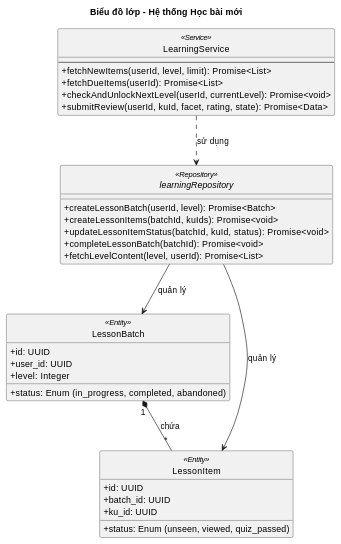
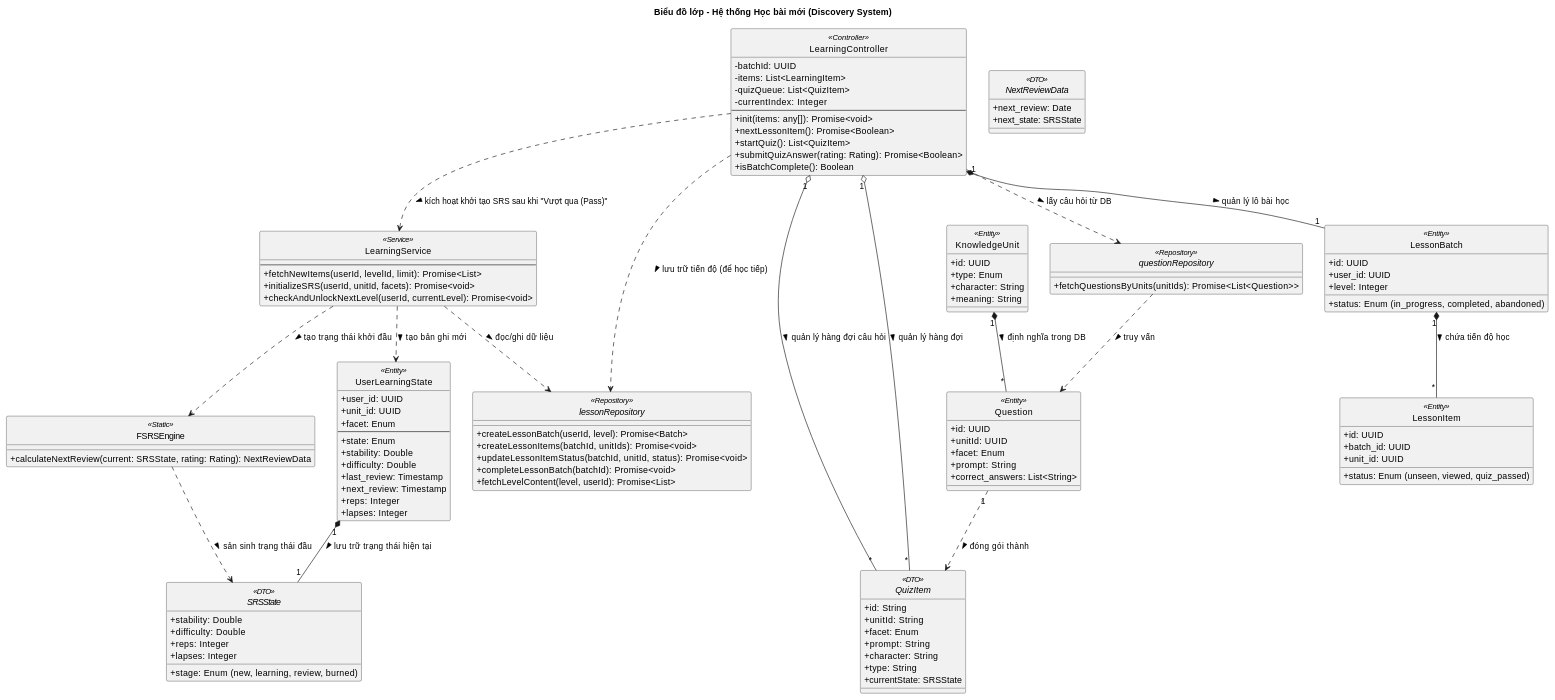
The diagram in docs/uncertain/class-diagram/learning.md (anhtranguyen-github/Hanachan), drawn with PlantUML before and after one commit. The commit also changed other lines of this file and 20 other files, not shown here.

First line of the commit message:
docs(arch): update ER and package diagrams for Hanachan v2

````diff
--- a/docs/uncertain/class-diagram/learning.md
+++ b/docs/uncertain/class-diagram/learning.md
@@ -5,18 +5,77 @@
 ```plantuml
 @startuml
-title Biểu đồ lớp - Hệ thống Học bài mới
+title Biểu đồ lớp - Hệ thống Học bài mới (Discovery System)
 skinparam classAttributeIconSize 0
 skinparam shadowing false
 hide circle
 
+' --- Orchestrator for Learning Lifecycle ---
+class LearningController <<Controller>> {
+  - batchId: UUID
+  - items: List<LearningItem>
+  - quizQueue: List<QuizItem>
+  - currentIndex: Integer
+  --
+  + init(items: any[]): Promise<void>
+  + nextLessonItem(): Promise<Boolean>
+  + startQuiz(): List<QuizItem>
+  + submitQuizAnswer(rating: Rating): Promise<Boolean>
+  + isBatchComplete(): Boolean
+}
+
 class LearningService <<Service>> {
   --
-  + fetchNewItems(userId, level, limit): Promise<List>
-  + fetchDueItems(userId): Promise<List>
+  + fetchNewItems(userId, levelId, limit): Promise<List>
+  + initializeSRS(userId, unitId, facets): Promise<void>
   + checkAndUnlockNextLevel(userId, currentLevel): Promise<void>
-  + submitReview(userId, kuId, facet, rating, state): Promise<Data>
 }
 
+' --- Data Structures (DTOs) ---
+interface QuizItem <<DTO>> {
+  + id: String
+  + unitId: String
+  + facet: Enum
+  + prompt: String
+  + character: String
+  + type: String
+  + currentState: SRSState
+}
+
+interface SRSState <<DTO>> {
+  + stage: Enum (new, learning, review, burned)
+  + stability: Double
+  + difficulty: Double
+  + reps: Integer
+  + lapses: Integer
+}
+
+interface NextReviewData <<DTO>> {
+  + next_review: Date
+  + next_state: SRSState
+}
+
+' --- Core Logic & Rules ---
+class FSRSEngine <<Static>> {
+  + calculateNextReview(current: SRSState, rating: Rating): NextReviewData
+}
+
+' --- Content Domain ---
+class KnowledgeUnit <<Entity>> {
+  + id: UUID
+  + type: Enum
+  + character: String
+  + meaning: String
+}
+
+class Question <<Entity>> {
+  + id: UUID
+  + unitId: UUID
+  + facet: Enum
+  + prompt: String
+  + correct_answers: List<String>
+}
+
+' --- Persistence for "Resume" capability ---
 class LessonBatch <<Entity>> {
   + id: UUID
   + user_id: UUID
@@ -27,21 +86,63 @@
 class LessonItem <<Entity>> {
   + id: UUID
   + batch_id: UUID
-  + ku_id: UUID
+  + unit_id: UUID
   + status: Enum (unseen, viewed, quiz_passed)
 }
 
-interface learningRepository <<Repository>> {
+class UserLearningState <<Entity>> {
+  + user_id: UUID
+  + unit_id: UUID
+  + facet: Enum
+  --
+  + state: Enum
+  + stability: Double
+  + difficulty: Double
+  + last_review: Timestamp
+  + next_review: Timestamp
+  + reps: Integer
+  + lapses: Integer
+}
+
+interface lessonRepository <<Repository>> {
   + createLessonBatch(userId, level): Promise<Batch>
-  + createLessonItems(batchId, kuIds): Promise<void>
-  + updateLessonItemStatus(batchId, kuId, status): Promise<void>
+  + createLessonItems(batchId, unitIds): Promise<void>
+  + updateLessonItemStatus(batchId, unitId, status): Promise<void>
   + completeLessonBatch(batchId): Promise<void>
   + fetchLevelContent(level, userId): Promise<List>
 }
 
-LearningService ..> learningRepository : sử dụng
-learningRepository --> LessonBatch : quản lý
-learningRepository --> LessonItem : quản lý
-LessonBatch "1" *-- "*" LessonItem : chứa
+interface questionRepository <<Repository>> {
+  + fetchQuestionsByUnits(unitIds): Promise<List<Question>>
+}
+
+' --- Các mối quan hệ (Bộ khung kết nối) ---
+
+' Controller quản lý luồng Bài học & Câu hỏi
+LearningController "1" *-- "1" LessonBatch : quản lý lô bài học >
+LearningController "1" o-- "*" QuizItem : quản lý hàng đợi câu hỏi >
+LessonBatch "1" *-- "*" LessonItem : chứa tiến độ học >
+
+' Controller dựa vào Service và Repository
+LearningController ..> LearningService : kích hoạt khởi tạo SRS sau khi "Vượt qua (Pass)" >
+LearningController ..> lessonRepository : lưu trữ tiến độ (để học tiếp) >
+
+' Service là cơ quan đầu não về SRS & Logic
+LearningService ..> FSRSEngine : tạo trạng thái khởi đầu >
+LearningService ..> UserLearningState : tạo bản ghi mới >
+LearningService ..> lessonRepository : đọc/ghi dữ liệu >
+
+' Ràng buộc Logic SRS
+FSRSEngine ..> SRSState : sản sinh trạng thái đầu >
+UserLearningState "1" *-- "1" SRSState : lưu trữ trạng thái hiện tại >
+
+' Ràng buộc Nội dung
+KnowledgeUnit "1" *-- "*" Question : định nghĩa trong DB >
+Question "1" ..> QuizItem : đóng gói thành >
+
+' Logic câu hỏi (DB-driven)
+LearningController ..> questionRepository : lấy câu hỏi từ DB >
+questionRepository ..> Question : truy vấn >
+LearningController "1" o-- "*" QuizItem : quản lý hàng đợi >
 @enduml
 ```
````
